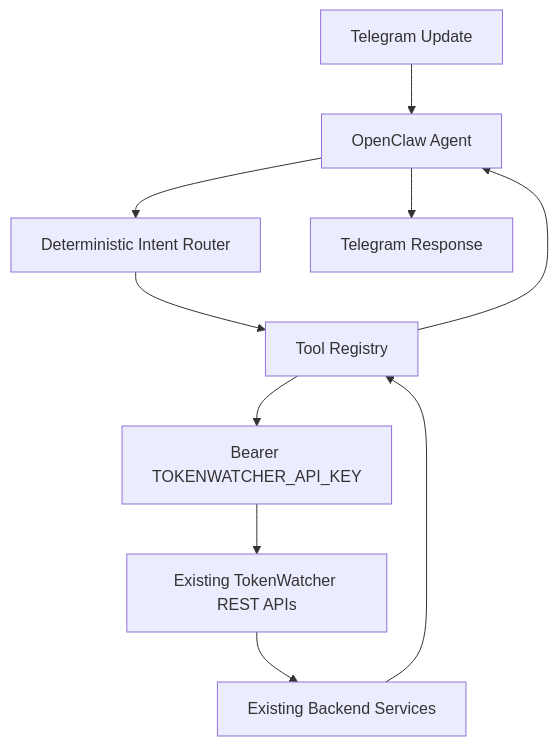
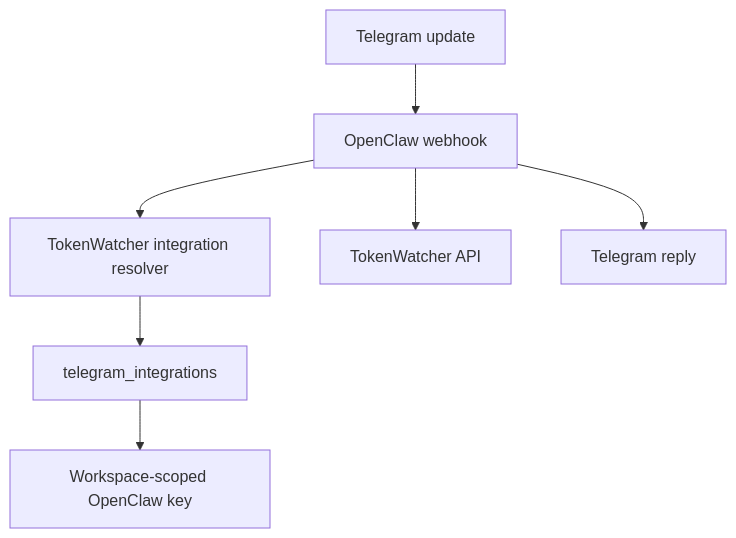
Before and after one commit to ZainabTravadi/Token-Watcher-AI-API-Cost-Tracker: the diagram in openclaw/README.md, drawn with Mermaid. The commit also changed other lines of this file and 34 other files, not shown here.

````diff
--- a/openclaw/README.md
+++ b/openclaw/README.md
@@ -7,21 +7,9 @@
 ```mermaid
 flowchart TD
-    Telegram["Telegram Update"]
-    OpenClaw["OpenClaw Agent"]
-    Router["Deterministic Intent Router"]
-    Tools["Tool Registry"]
-    Key["Bearer TOKENWATCHER_API_KEY"]
-    Api["Existing TokenWatcher REST APIs"]
-    Services["Existing Backend Services"]
-    Reply["Telegram Response"]
-
-    Telegram --> OpenClaw
-    OpenClaw --> Router
-    Router --> Tools
-    Tools --> Key
-    Key --> Api
-    Api --> Services
-    Services --> Tools
-    Tools --> OpenClaw
-    OpenClaw --> Reply
+  Telegram[Telegram update] --> OpenClaw[OpenClaw webhook]
+  OpenClaw --> Resolver[TokenWatcher integration resolver]
+  Resolver --> Integration[telegram_integrations]
+  Integration --> Workspace[Workspace-scoped OpenClaw key]
+  OpenClaw --> API[TokenWatcher API]
+  OpenClaw --> Reply[Telegram reply]
 ```
````
